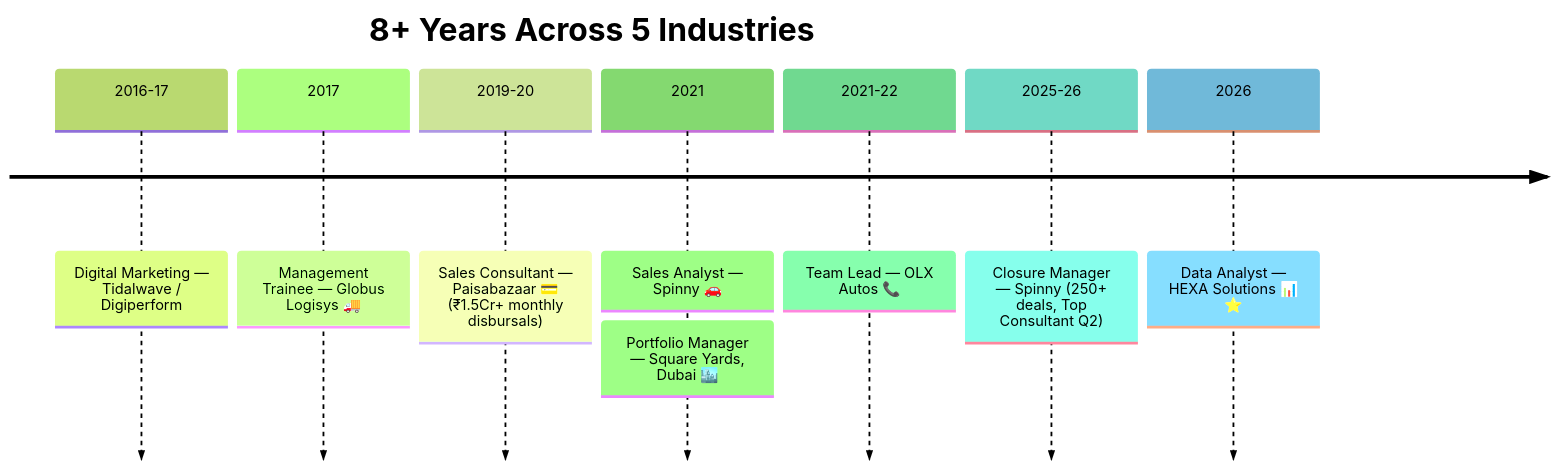
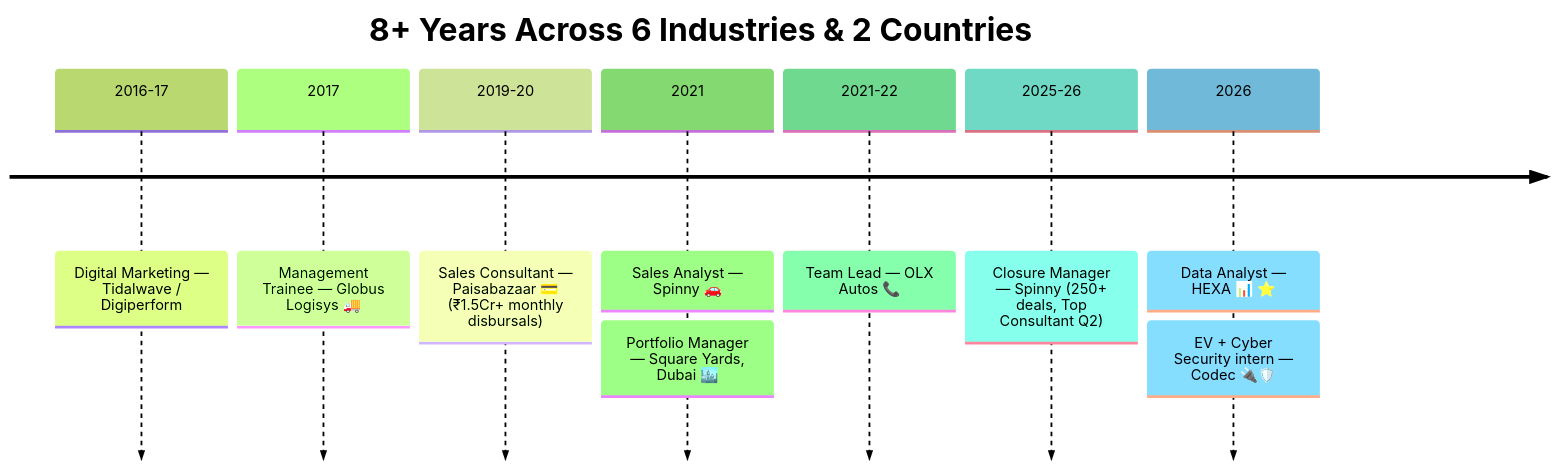
The diagram in README.md (Eswar5313/Eswar5313), drawn with Mermaid (forest theme) before and after one commit. The commit also changed other lines of this file, not shown here.

````diff
--- a/README.md
+++ b/README.md
@@ -159,11 +209,11 @@
 ```mermaid
 timeline
-    title 8+ Years Across 5 Industries
+    title 8+ Years Across 6 Industries & 2 Countries
     2016-17 : Digital Marketing — Tidalwave / Digiperform
     2017 : Management Trainee — Globus Logisys 🚚
     2019-20 : Sales Consultant — Paisabazaar 💳 (₹1.5Cr+ monthly disbursals)
     2021 : Sales Analyst — Spinny 🚗 : Portfolio Manager — Square Yards, Dubai 🏙️
     2021-22 : Team Lead — OLX Autos 📞
     2025-26 : Closure Manager — Spinny (250+ deals, Top Consultant Q2)
-    2026 : Data Analyst — HEXA Solutions 📊 ⭐
+    2026 : Data Analyst — HEXA 📊 ⭐ : EV + Cyber Security intern — Codec 🔌🛡️
 ```
````
